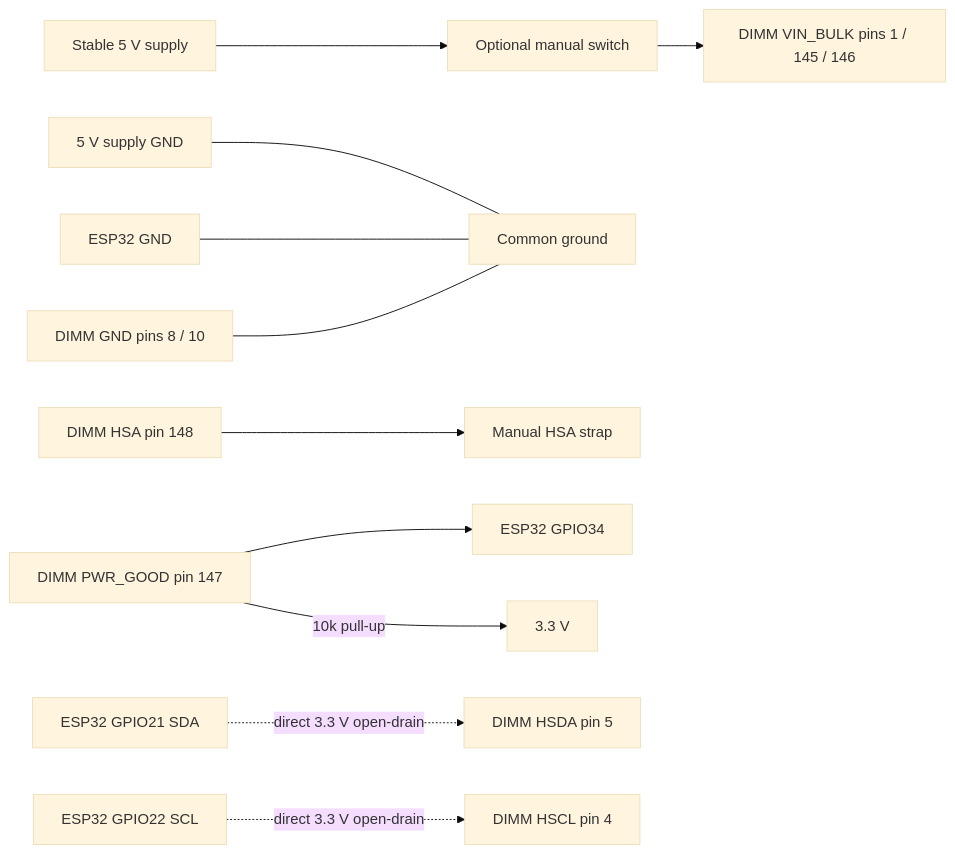
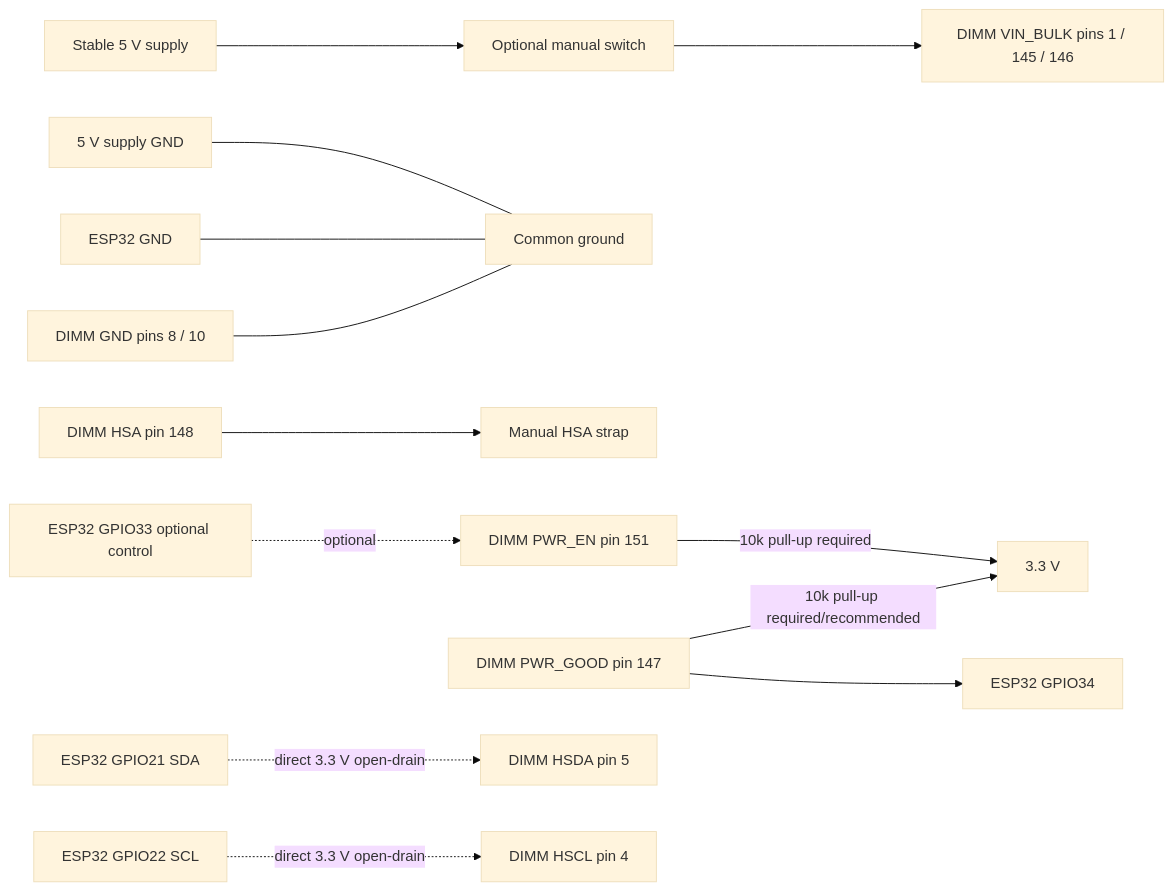
One commit to djchumpguy/ddr5-spd-diagnostic changed the second of 3 diagrams in hardware/spd-tool/wiring-diagram.md. Above: the diagram before and after it, drawn with Mermaid (base theme). The commit also changed other lines of this file and 15 other files, not shown here.

````diff
--- a/hardware/spd-tool/wiring-diagram.md
+++ b/hardware/spd-tool/wiring-diagram.md
@@ -77,17 +78,20 @@
 ```mermaid
 flowchart LR
     PSU5["Stable 5 V supply"] --> SWITCH["Optional manual switch"]
     SWITCH --> VIN["DIMM VIN_BULK pins 1 / 145 / 146"]
 
     PSUGND["5 V supply GND"] --- GND["Common ground"]
     ESP32GND["ESP32 GND"] --- GND
     DIMMGND["DIMM GND pins 8 / 10"] --- GND
 
     HSA["DIMM HSA pin 148"] --> STRAP["Manual HSA strap"]
 
+    PWREN["DIMM PWR_EN pin 151"] -- "10k pull-up required" --> V33["3.3 V"]
+    GPIO33["ESP32 GPIO33 optional control"] -. "optional" .-> PWREN
+
     PWRGOOD["DIMM PWR_GOOD pin 147"] --> GPIO34["ESP32 GPIO34"]
-    PWRGOOD -- "10k pull-up" --> V33["3.3 V"]
+    PWRGOOD -- "10k pull-up required/recommended" --> V33
 
     GPIO21["ESP32 GPIO21 SDA"] -. "direct 3.3 V open-drain" .-> HSDA["DIMM HSDA pin 5"]
     GPIO22["ESP32 GPIO22 SCL"] -. "direct 3.3 V open-drain" .-> HSCL["DIMM HSCL pin 4"]
 ```
````
